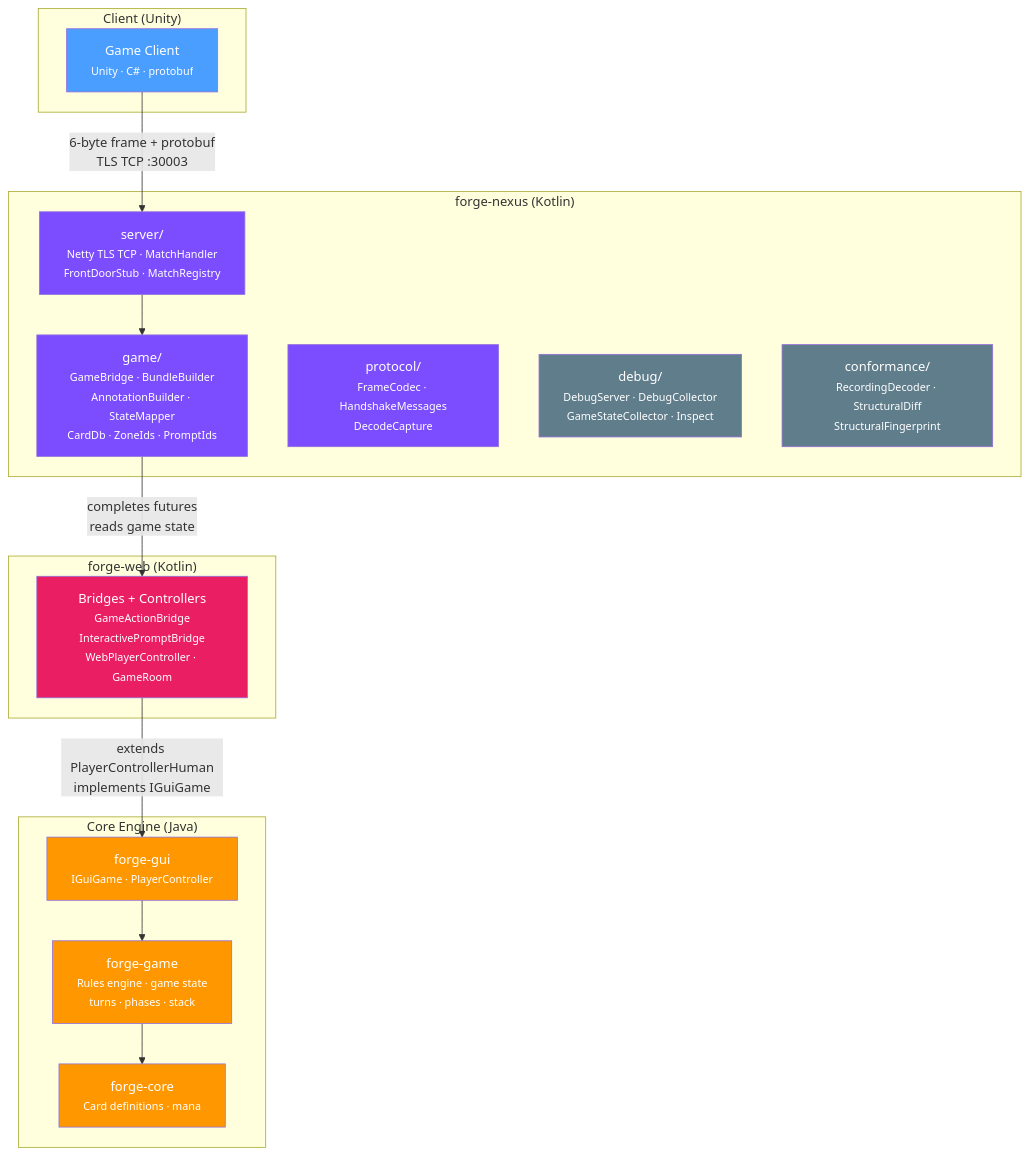
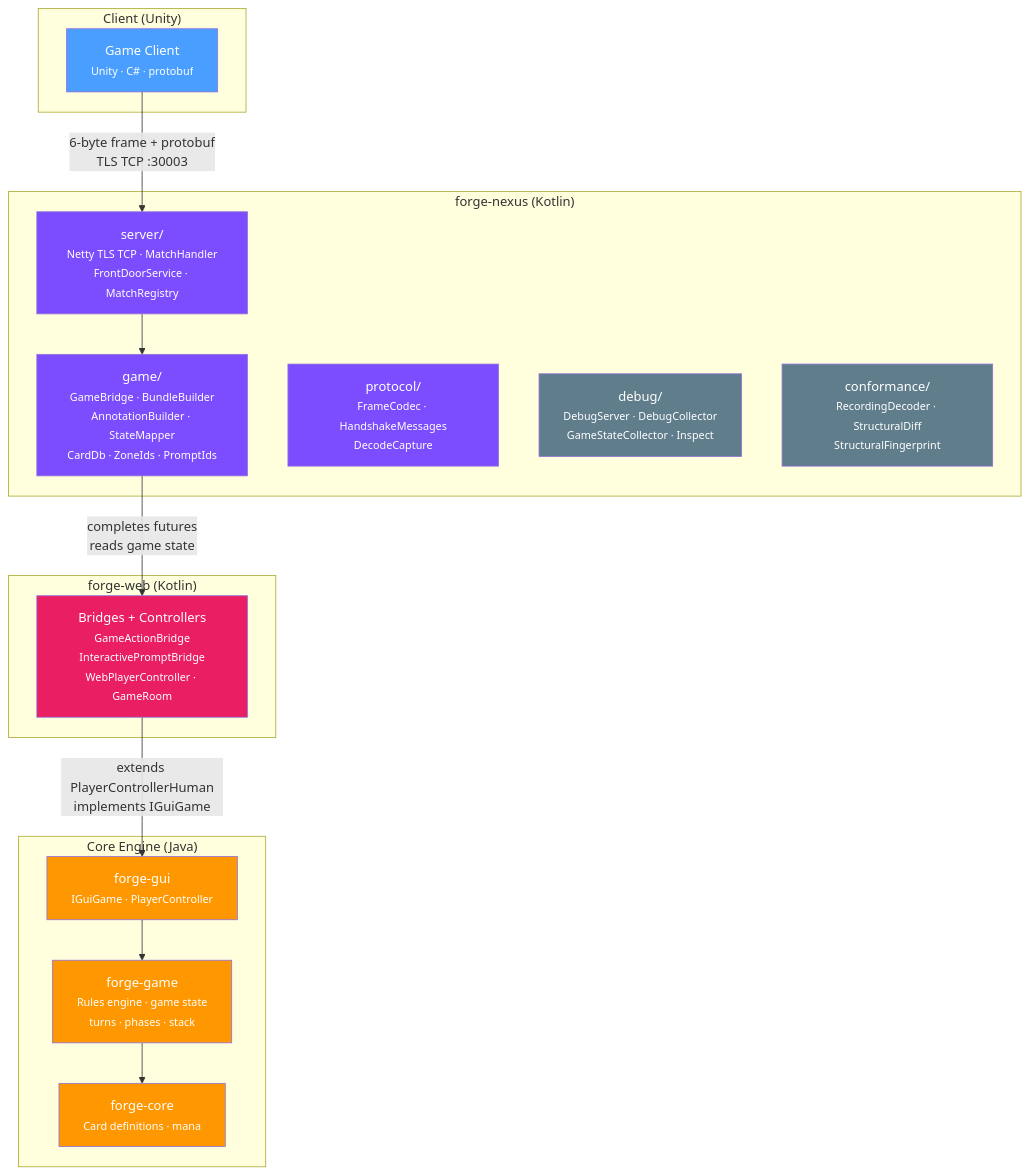
The first of 4 diagrams in docs/architecture.md (delebedev/leyline), drawn with Mermaid before and after one commit. The commit also changed other lines of this file and 38 other files, not shown here.

First line of the commit message:
feat(nexus): Front Door stub — fully offline lobby → bot match (#177)

````diff
--- a/docs/architecture.md
+++ b/docs/architecture.md
@@ -11,42 +11,42 @@
 ```mermaid
 graph TB
     subgraph "Client (Unity)"
         ARENA["Game Client<br/><small>Unity · C# · protobuf</small>"]
     end
 
     subgraph "forge-nexus (Kotlin)"
-        SRV["server/<br/><small>Netty TLS TCP · MatchHandler<br/>FrontDoorStub · MatchRegistry</small>"]
+        SRV["server/<br/><small>Netty TLS TCP · MatchHandler<br/>FrontDoorService · MatchRegistry</small>"]
         GAME_PKG["game/<br/><small>GameBridge · BundleBuilder<br/>AnnotationBuilder · StateMapper<br/>CardDb · ZoneIds · PromptIds</small>"]
         PROTO["protocol/<br/><small>FrameCodec · HandshakeMessages<br/>DecodeCapture</small>"]
         DEBUG["debug/<br/><small>DebugServer · DebugCollector<br/>GameStateCollector · Inspect</small>"]
         CONF["conformance/<br/><small>RecordingDecoder · StructuralDiff<br/>StructuralFingerprint</small>"]
     end
 
     subgraph "forge-web (Kotlin)"
         WEB["Bridges + Controllers<br/><small>GameActionBridge<br/>InteractivePromptBridge<br/>WebPlayerController · GameRoom</small>"]
     end
 
     subgraph "Core Engine (Java)"
         GUI["forge-gui<br/><small>IGuiGame · PlayerController</small>"]
         GAME_ENG["forge-game<br/><small>Rules engine · game state<br/>turns · phases · stack</small>"]
         CORE["forge-core<br/><small>Card definitions · mana</small>"]
     end
 
     ARENA -- "6-byte frame + protobuf<br/>TLS TCP :30003" --> SRV
     SRV --> GAME_PKG
     GAME_PKG -- "completes futures<br/>reads game state" --> WEB
     WEB -- "extends PlayerControllerHuman<br/>implements IGuiGame" --> GUI
     GUI --> GAME_ENG
     GAME_ENG --> CORE
 
     style ARENA fill:#4a9eff,color:#fff
     style SRV fill:#7c4dff,color:#fff
     style GAME_PKG fill:#7c4dff,color:#fff
     style PROTO fill:#7c4dff,color:#fff
     style DEBUG fill:#607d8b,color:#fff
     style CONF fill:#607d8b,color:#fff
     style WEB fill:#e91e63,color:#fff
     style GUI fill:#ff9800,color:#fff
     style GAME_ENG fill:#ff9800,color:#fff
     style CORE fill:#ff9800,color:#fff
 ```
````
